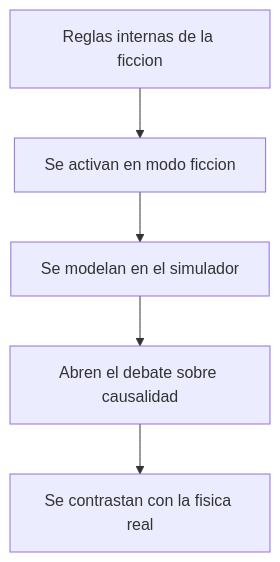
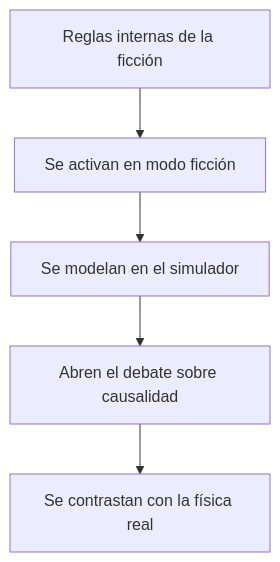
Before and after one commit to vladimiracunadev-create/machine-operator-program: the diagram in vehiculos-fantasticos/delorean/reglamentos/reglas-universo-delorean.md, drawn with Mermaid. The commit also changed other lines of this file and 442 other files, not shown here.

````diff
--- a/vehiculos-fantasticos/delorean/reglamentos/reglas-universo-delorean.md
+++ b/vehiculos-fantasticos/delorean/reglamentos/reglas-universo-delorean.md
@@ -46,7 +46,7 @@
 ```mermaid
 flowchart TD
-    Reglas[Reglas internas de la ficcion] --> Modo[Se activan en modo ficcion]
+    Reglas[Reglas internas de la ficción] --> Modo[Se activan en modo ficción]
     Modo --> Sim[Se modelan en el simulador]
     Sim --> Debate[Abren el debate sobre causalidad]
-    Debate --> Ciencia[Se contrastan con la fisica real]
+    Debate --> Ciencia[Se contrastan con la física real]
 ```
````
